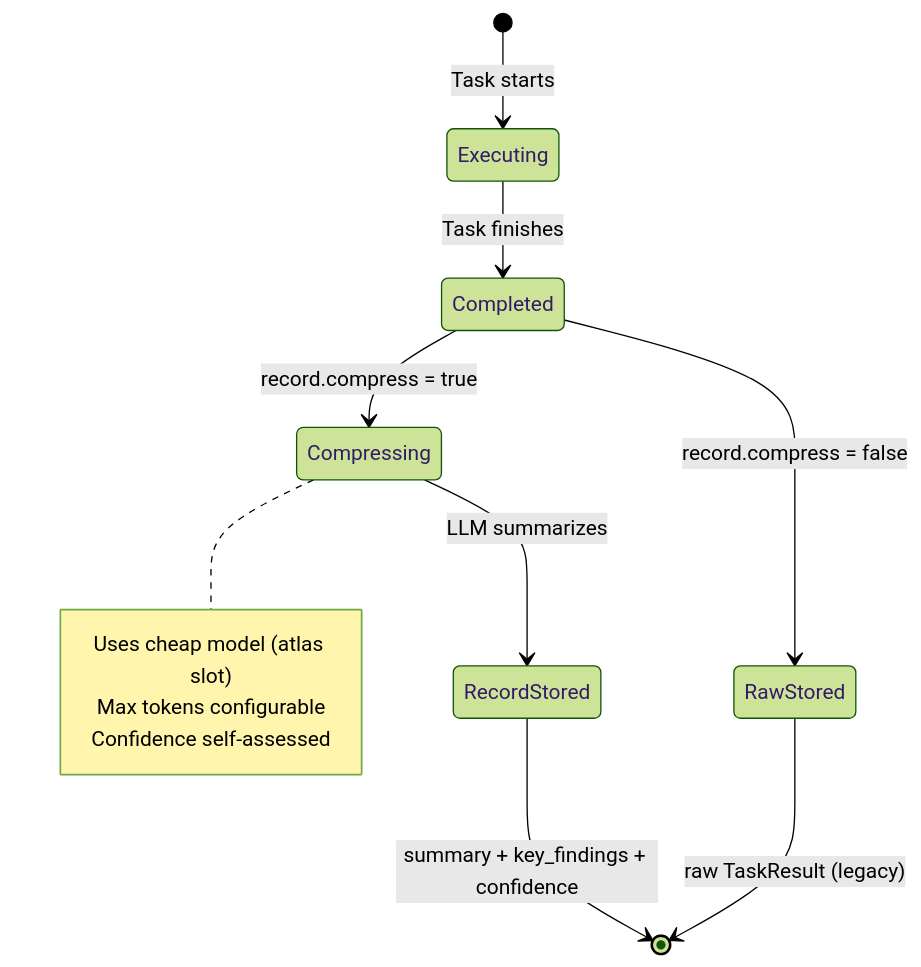
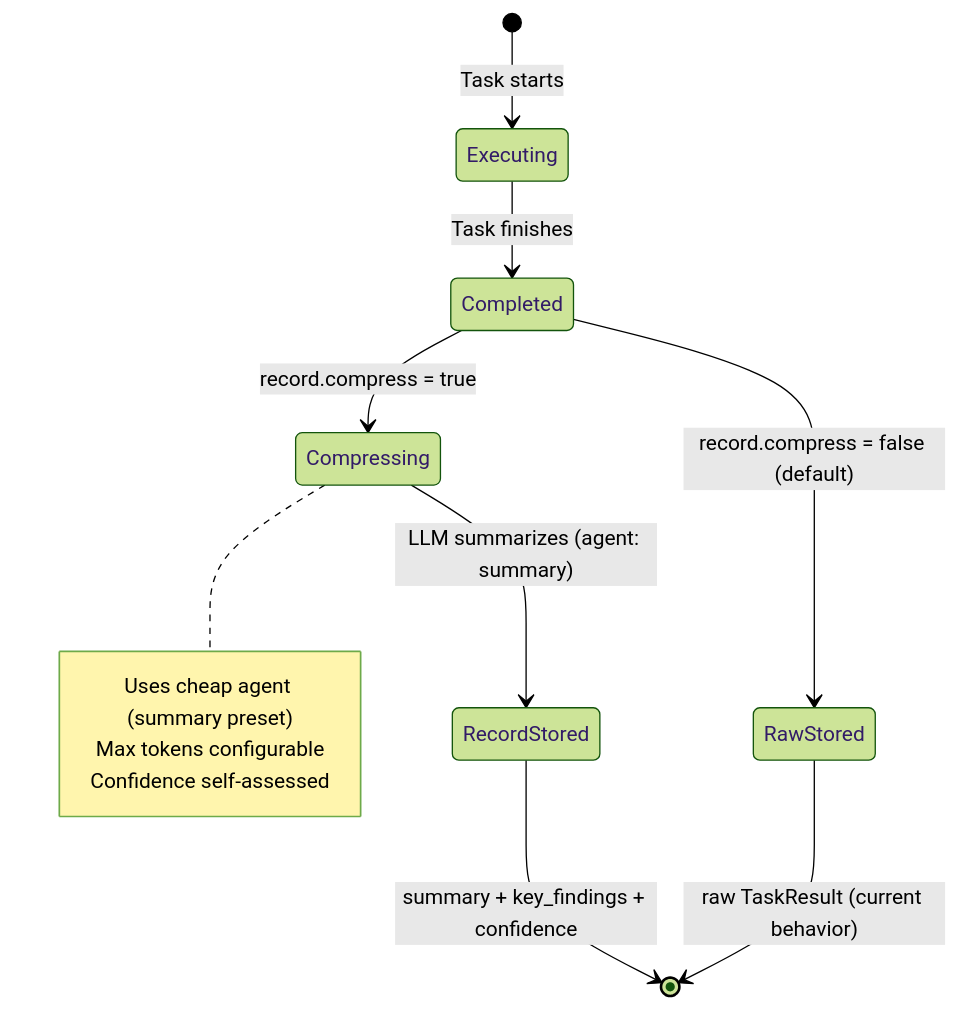
The third of 10 diagrams in docs/vision/05-evolution-roadmap.md (supernovae-st/nika), drawn with Mermaid (forest theme) before and after one commit. The commit also changed other lines of this file and 5 other files, not shown here.

````diff
--- a/docs/vision/05-evolution-roadmap.md
+++ b/docs/vision/05-evolution-roadmap.md
@@ -211,17 +254,17 @@
 ```mermaid
 stateDiagram-v2
     [*] --> Executing: Task starts
     Executing --> Completed: Task finishes
     Completed --> Compressing: record.compress = true
-    Compressing --> RecordStored: LLM summarizes
-    Completed --> RawStored: record.compress = false
+    Compressing --> RecordStored: LLM summarizes (agent: summary)
+    Completed --> RawStored: record.compress = false (default)
 
     RecordStored --> [*]: summary + key_findings + confidence
-    RawStored --> [*]: raw TaskResult (legacy)
+    RawStored --> [*]: raw TaskResult (current behavior)
 
     note right of Compressing
-        Uses cheap model (atlas slot)
+        Uses cheap agent (summary preset)
         Max tokens configurable
         Confidence self-assessed
     end note
 ```
````
